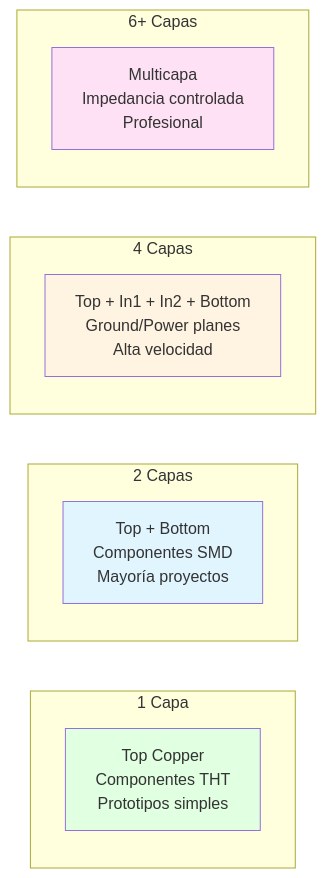
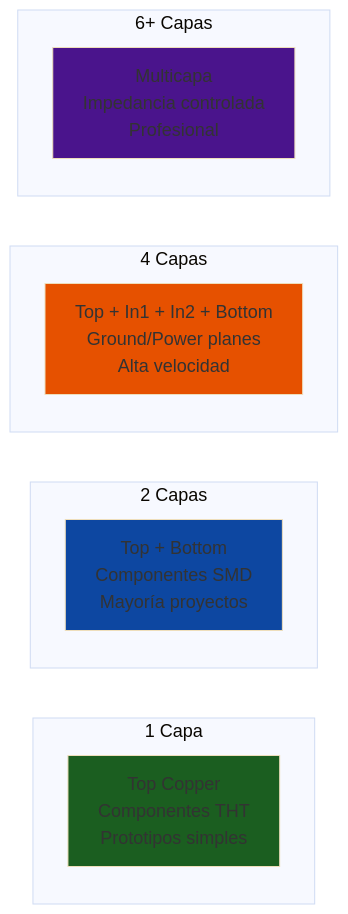
Before and after one commit to Ai-Whisperers/Courses-Content: the fourth of 11 diagrams in courses/🟡-development/FPUNA-2026/02-ELECTRONICA-AUTOMATIZACION/02-diseno-pcb.md, drawn with Mermaid. The commit also changed other lines of this file and 47 other files, not shown here.

First line of the commit message:
fix: Make all 473 diagrams WCAG AAA accessible (FPUNA-2026)

````diff
--- a/courses/🟡-development/FPUNA-2026/02-ELECTRONICA-AUTOMATIZACION/02-diseno-pcb.md
+++ b/courses/🟡-development/FPUNA-2026/02-ELECTRONICA-AUTOMATIZACION/02-diseno-pcb.md
@@ -157,23 +160,24 @@
 ```mermaid
+%%{init: {'theme':'base', 'themeVariables': {'fontSize':'18px'}}}%%
 graph LR
     subgraph "1 Capa"
         A[Top Copper<br/>Componentes THT<br/>Prototipos simples]
     end
     
     subgraph "2 Capas"
         B[Top + Bottom<br/>Componentes SMD<br/>Mayoría proyectos]
     end
     
     subgraph "4 Capas"
         C[Top + In1 + In2 + Bottom<br/>Ground/Power planes<br/>Alta velocidad]
     end
     
     subgraph "6+ Capas"
         D[Multicapa<br/>Impedancia controlada<br/>Profesional]
     end
     
-    style A fill:#E1FFE1
-    style B fill:#E1F5FF
-    style C fill:#FFF4E1
-    style D fill:#FFE1F5
+    style A fill:#1b5e20
+    style B fill:#0d47a1
+    style C fill:#e65100
+    style D fill:#4a148c
 ```
````
